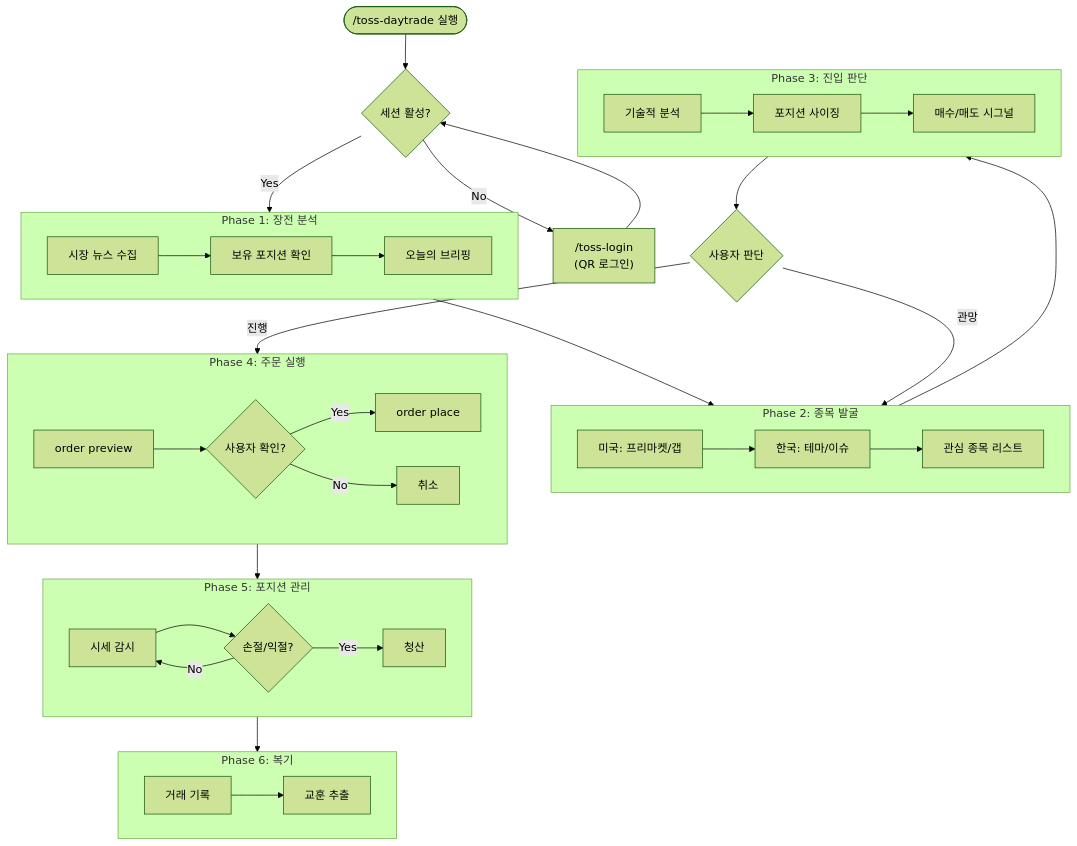
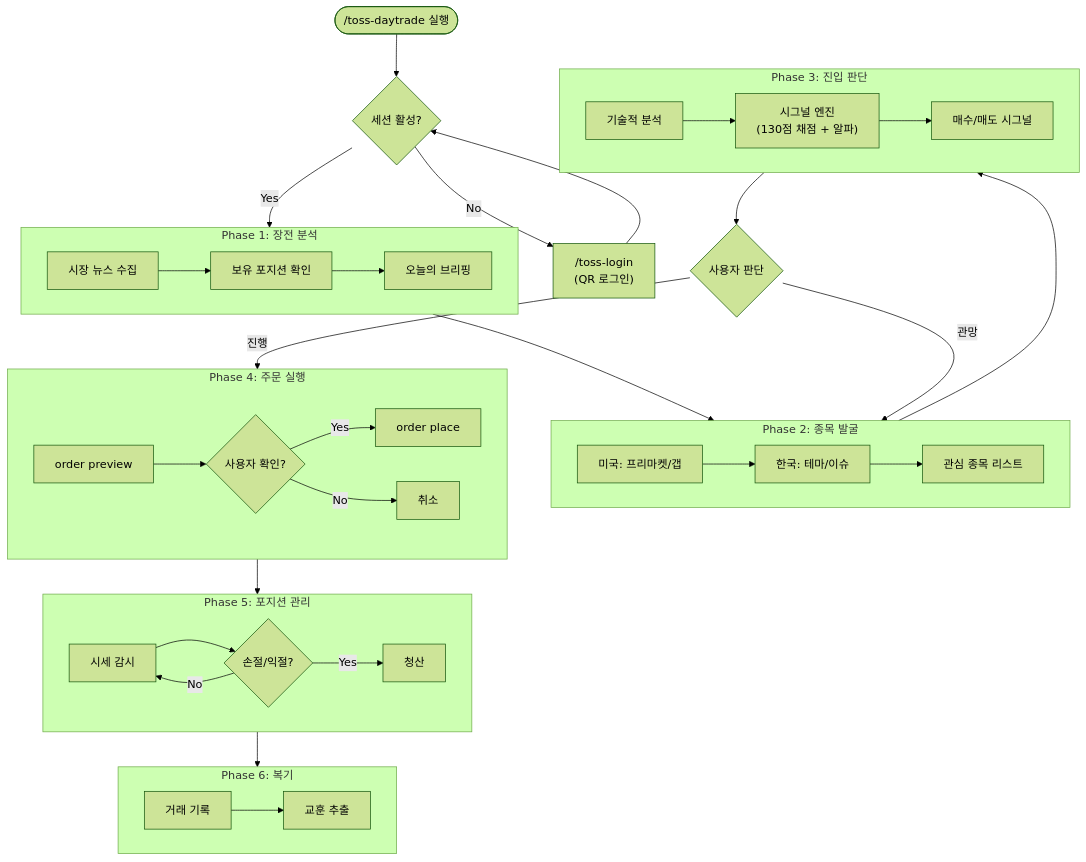
One commit to Aiden-Kwak/toss-trading-system changed the second of 4 diagrams in README.md. Above: the diagram before and after it, drawn with Mermaid (forest theme). The commit also changed other lines of this file, not shown here.

First line of the commit message:
Update README with signal engine, alphas, guardrail docs

````diff
--- a/README.md
+++ b/README.md
@@ -82,50 +136,50 @@
 ```mermaid
 flowchart TD
     START(["/toss-daytrade 실행"]) --> AUTH{"세션 활성?"}
     AUTH -- No --> LOGIN["/toss-login\n(QR 로그인)"]
     LOGIN --> AUTH
     AUTH -- Yes --> P1
 
     subgraph P1["Phase 1: 장전 분석"]
         NEWS["시장 뉴스 수집"] --> POSITIONS["보유 포지션 확인"]
         POSITIONS --> BRIEFING["오늘의 브리핑"]
     end
 
     P1 --> P2
 
     subgraph P2["Phase 2: 종목 발굴"]
         US_SCAN["미국: 프리마켓/갭"] --> KR_SCAN["한국: 테마/이슈"]
         KR_SCAN --> WATCHLIST["관심 종목 리스트"]
     end
 
     P2 --> P3
 
     subgraph P3["Phase 3: 진입 판단"]
-        TECH["기술적 분석"] --> SIZING["포지션 사이징"]
-        SIZING --> SIGNAL["매수/매도 시그널"]
+        TECH["기술적 분석"] --> ALPHA["시그널 엔진\n(130점 채점 + 알파)"]
+        ALPHA --> SIGNAL["매수/매도 시그널"]
     end
 
     P3 --> DECIDE{"사용자 판단"}
     DECIDE -- "관망" --> P2
     DECIDE -- "진행" --> P4
 
     subgraph P4["Phase 4: 주문 실행"]
         PREVIEW["order preview"] --> CONFIRM{"사용자 확인?"}
         CONFIRM -- Yes --> EXECUTE["order place"]
         CONFIRM -- No --> CANCEL["취소"]
     end
 
     P4 --> P5
 
     subgraph P5["Phase 5: 포지션 관리"]
         MONITOR["시세 감시"] --> SL_TP{"손절/익절?"}
         SL_TP -- No --> MONITOR
         SL_TP -- Yes --> EXIT["청산"]
     end
 
     P5 --> P6
 
     subgraph P6["Phase 6: 복기"]
         RECORD["거래 기록"] --> LESSON["교훈 추출"]
     end
 ```
````
